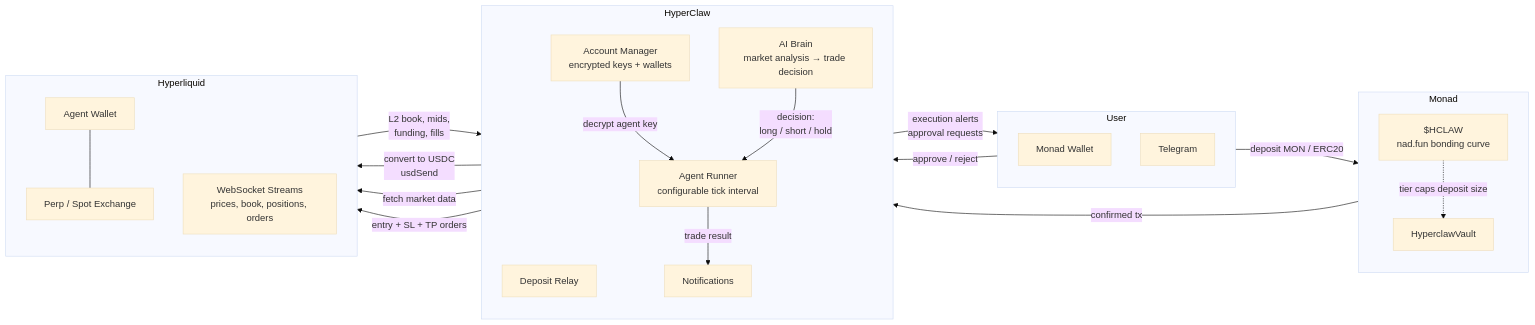
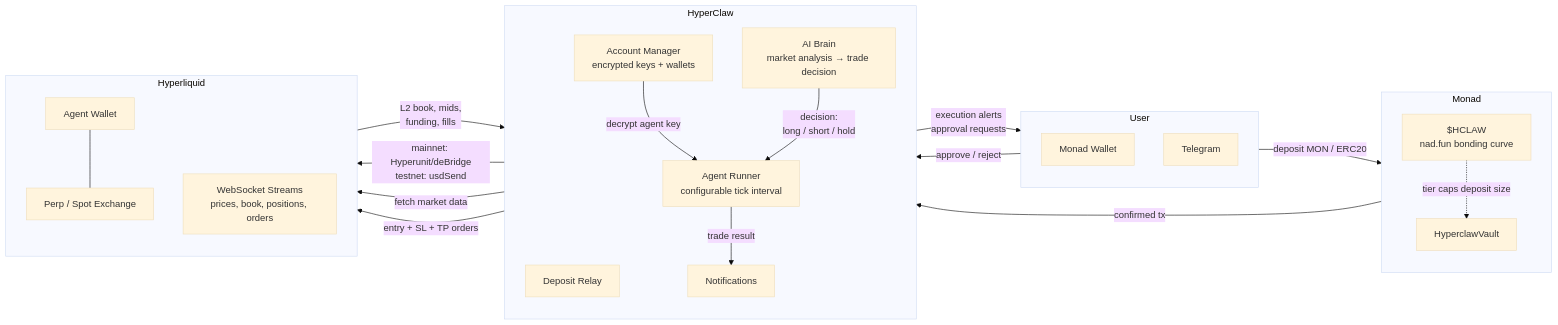
Before and after one commit to Halo-Labs-xyz/hyperClaw: the first of 2 diagrams in README.md, drawn with Mermaid (base theme). The commit also changed other lines of this file and 18 other files, not shown here.

````diff
--- a/README.md
+++ b/README.md
@@ -31,44 +31,44 @@
 ```mermaid
 flowchart LR
     subgraph User["User"]
         direction TB
         Wallet_U["Monad Wallet"]
         TG_User["Telegram"]
     end
 
     subgraph Monad["Monad"]
         direction TB
         Vault["HyperclawVault"]
         Hclaw["$HCLAW<br/>nad.fun bonding curve"]
     end
 
     subgraph Server["HyperClaw"]
         direction TB
         Relay["Deposit Relay"]
         Store["Account Manager<br/>encrypted keys + wallets"]
         Runner["Agent Runner<br/>configurable tick interval"]
         AI["AI Brain<br/>market analysis → trade decision"]
         Notif["Notifications"]
     end
 
     subgraph HL["Hyperliquid"]
         direction TB
         HLWallet["Agent Wallet"]
         Exchange["Perp / Spot Exchange"]
         Stream["WebSocket Streams<br/>prices, book, positions, orders"]
     end
 
     Wallet_U -->|deposit MON / ERC20| Vault
     Hclaw -.->|tier caps deposit size| Vault
     Vault -->|confirmed tx| Relay
-    Relay -->|convert to USDC<br/>usdSend| HLWallet
+    Relay -->|mainnet: Hyperunit/deBridge<br/>testnet: usdSend| HLWallet
     Store -->|decrypt agent key| Runner
     Runner -->|fetch market data| Stream
     Stream -->|L2 book, mids,<br/>funding, fills| AI
     AI -->|decision:<br/>long / short / hold| Runner
     Runner -->|entry + SL + TP orders| Exchange
     HLWallet --- Exchange
     Runner -->|trade result| Notif
     Notif -->|execution alerts<br/>approval requests| TG_User
     TG_User -->|approve / reject| Notif
 ```
````
